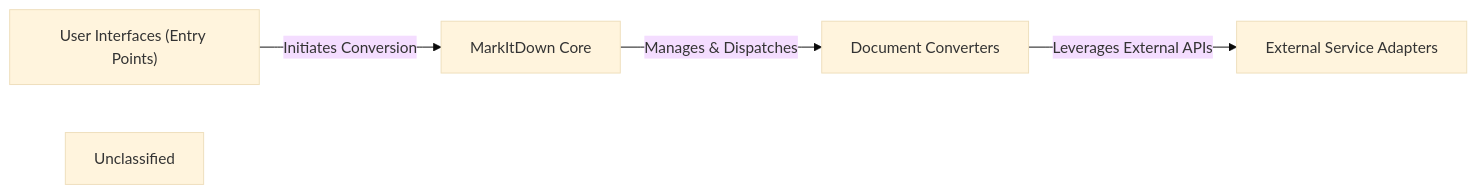
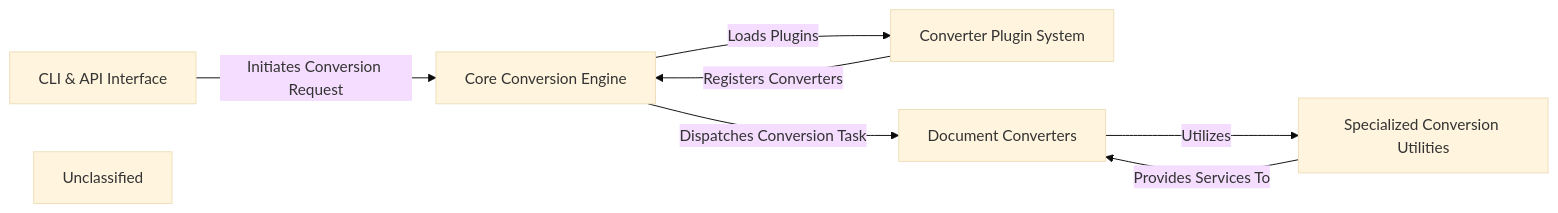
One commit to CodeBoarding/GeneratedOnBoardings changed the diagram in markitdown/on_boarding.md. Above: the diagram before and after it, drawn with Mermaid (base theme). The commit also changed other lines of this file and 6 other files, not shown here.

````diff
--- a/markitdown/on_boarding.md
+++ b/markitdown/on_boarding.md
@@ -1,13 +1,20 @@
 ```mermaid
 graph LR
-    User_Interfaces_Entry_Points_["User Interfaces (Entry Points)"]
-    MarkItDown_Core["MarkItDown Core"]
+    CLI_API_Interface["CLI & API Interface"]
+    Core_Conversion_Engine["Core Conversion Engine"]
+    Converter_Plugin_System["Converter Plugin System"]
     Document_Converters["Document Converters"]
-    External_Service_Adapters["External Service Adapters"]
+    Specialized_Conversion_Utilities["Specialized Conversion Utilities"]
     Unclassified["Unclassified"]
-    User_Interfaces_Entry_Points_ -- "Initiates Conversion" --> MarkItDown_Core
-    MarkItDown_Core -- "Manages & Dispatches" --> Document_Converters
-    Document_Converters -- "Leverages External APIs" --> External_Service_Adapters
-    click MarkItDown_Core href "https://github.com/CodeBoarding/GeneratedOnBoardings/blob/main/markitdown/MarkItDown_Core.md" "Details"
+    CLI_API_Interface -- "Initiates Conversion Request" --> Core_Conversion_Engine
+    Core_Conversion_Engine -- "Loads Plugins" --> Converter_Plugin_System
+    Core_Conversion_Engine -- "Dispatches Conversion Task" --> Document_Converters
+    Converter_Plugin_System -- "Registers Converters" --> Core_Conversion_Engine
+    Document_Converters -- "Utilizes" --> Specialized_Conversion_Utilities
+    Specialized_Conversion_Utilities -- "Provides Services To" --> Document_Converters
+    click CLI_API_Interface href "https://github.com/CodeBoarding/GeneratedOnBoardings/blob/main/markitdown/CLI_API_Interface.md" "Details"
+    click Core_Conversion_Engine href "https://github.com/CodeBoarding/GeneratedOnBoardings/blob/main/markitdown/Core_Conversion_Engine.md" "Details"
+    click Converter_Plugin_System href "https://github.com/CodeBoarding/GeneratedOnBoardings/blob/main/markitdown/Converter_Plugin_System.md" "Details"
     click Document_Converters href "https://github.com/CodeBoarding/GeneratedOnBoardings/blob/main/markitdown/Document_Converters.md" "Details"
+    click Specialized_Conversion_Utilities href "https://github.com/CodeBoarding/GeneratedOnBoardings/blob/main/markitdown/Specialized_Conversion_Utilities.md" "Details"
 ```
````
